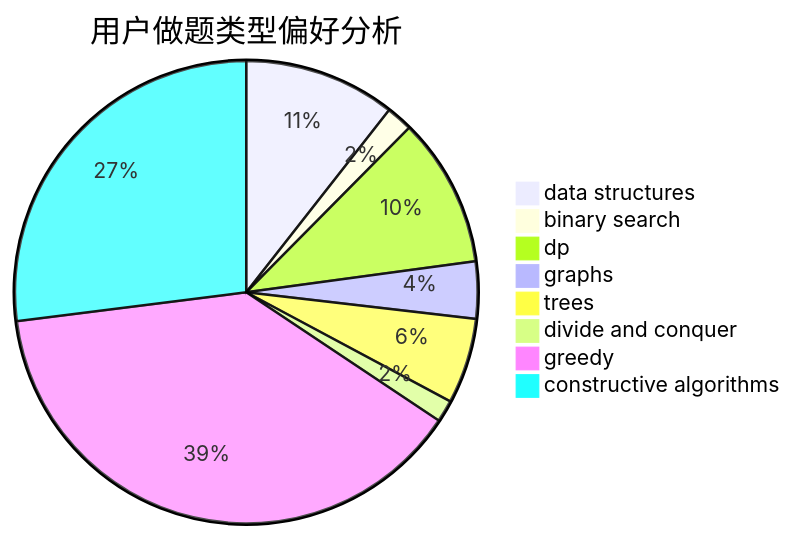
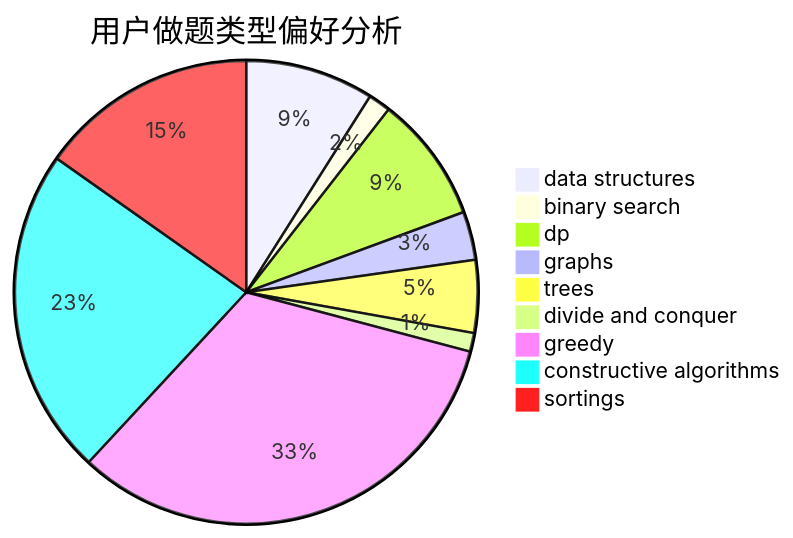
The second of 3 diagrams in docs/user/u1646.md (sherpahu/cfrs.github.io), drawn with Mermaid before and after one commit. The commit also changed other lines of this file and 2769 other files, not shown here.

````diff
--- a/docs/user/u1646.md
+++ b/docs/user/u1646.md
@@ -23,11 +18,12 @@
 ```mermaid
 pie title 用户做题类型偏好分析
     "data structures" :  69
     "binary search" :  12
     "dp" :  68
     "graphs" :  26
     "trees" :  39
     "divide and conquer" :  10
     "greedy" :  252
     "constructive algorithms" :  176
+    "sortings" :  117
 ```
````
